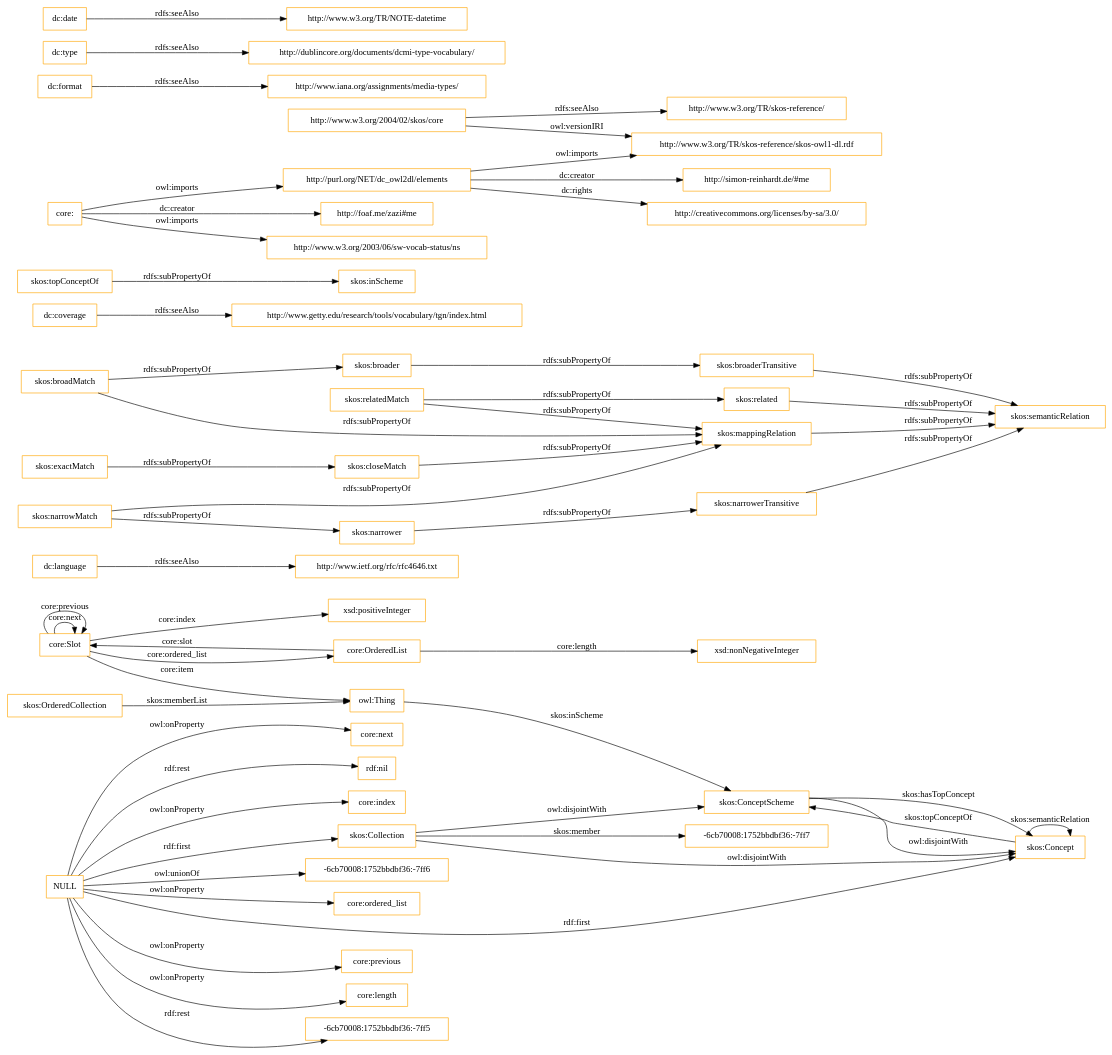
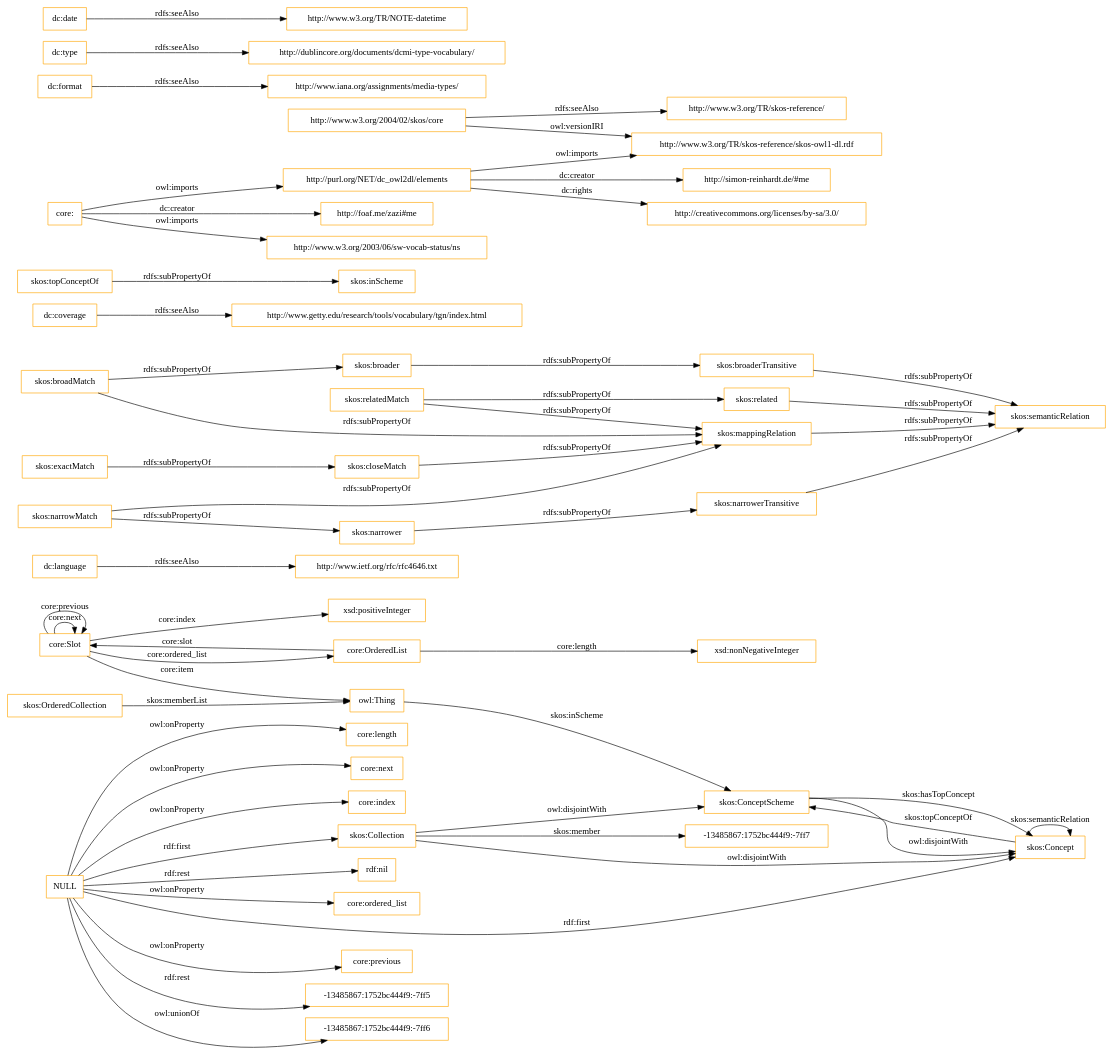
The diagram in OnToology/imports/core.owl/diagrams/ar2dtool-class/core.owl.png.dot (OnToologyUser/core-ontology-1), drawn with Graphviz before and after one commit. The commit also changed 14 other files, not shown here.

```diff
--- a/OnToology/imports/core.owl/diagrams/ar2dtool-class/core.owl.png.dot
+++ b/OnToology/imports/core.owl/diagrams/ar2dtool-class/core.owl.png.dot
@@ -1,60 +1,60 @@
 digraph ar2dtool_diagram { 
 rankdir=LR;
 size="1501"
-node [shape = rectangle, color="orange"]; "core:Slot" "core:OrderedList" "-6cb70008:1752bbdbf36:-7ff7" "skos:OrderedCollection" "skos:Collection" "skos:ConceptScheme" "skos:Concept" ; /*classes style*/
+node [shape = rectangle, color="orange"]; "core:Slot" "core:OrderedList" "-13485867:1752bc444f9:-7ff7" "skos:OrderedCollection" "skos:Collection" "skos:ConceptScheme" "skos:Concept" ; /*classes style*/
 	"dc:language" -> "http://www.ietf.org/rfc/rfc4646.txt" [ label = "rdfs:seeAlso" ];
 	"NULL" -> "core:previous" [ label = "owl:onProperty" ];
+	"NULL" -> "-13485867:1752bc444f9:-7ff5" [ label = "rdf:rest" ];
+	"NULL" -> "-13485867:1752bc444f9:-7ff6" [ label = "owl:unionOf" ];
 	"NULL" -> "core:length" [ label = "owl:onProperty" ];
 	"NULL" -> "skos:Concept" [ label = "rdf:first" ];
-	"NULL" -> "-6cb70008:1752bbdbf36:-7ff5" [ label = "rdf:rest" ];
 	"NULL" -> "core:next" [ label = "owl:onProperty" ];
+	"NULL" -> "core:index" [ label = "owl:onProperty" ];
 	"NULL" -> "rdf:nil" [ label = "rdf:rest" ];
-	"NULL" -> "core:index" [ label = "owl:onProperty" ];
-	"NULL" -> "-6cb70008:1752bbdbf36:-7ff6" [ label = "owl:unionOf" ];
 	"NULL" -> "core:ordered_list" [ label = "owl:onProperty" ];
 	"NULL" -> "skos:Collection" [ label = "rdf:first" ];
 	"skos:closeMatch" -> "skos:mappingRelation" [ label = "rdfs:subPropertyOf" ];
 	"dc:coverage" -> "http://www.getty.edu/research/tools/vocabulary/tgn/index.html" [ label = "rdfs:seeAlso" ];
 	"skos:relatedMatch" -> "skos:related" [ label = "rdfs:subPropertyOf" ];
 	"skos:relatedMatch" -> "skos:mappingRelation" [ label = "rdfs:subPropertyOf" ];
 	"skos:ConceptScheme" -> "skos:Concept" [ label = "owl:disjointWith" ];
 	"skos:related" -> "skos:semanticRelation" [ label = "rdfs:subPropertyOf" ];
 	"skos:topConceptOf" -> "skos:inScheme" [ label = "rdfs:subPropertyOf" ];
 	"skos:broadMatch" -> "skos:broader" [ label = "rdfs:subPropertyOf" ];
 	"skos:broadMatch" -> "skos:mappingRelation" [ label = "rdfs:subPropertyOf" ];
 	"http://purl.org/NET/dc_owl2dl/elements" -> "http://www.w3.org/TR/skos-reference/skos-owl1-dl.rdf" [ label = "owl:imports" ];
 	"http://purl.org/NET/dc_owl2dl/elements" -> "http://creativecommons.org/licenses/by-sa/3.0/" [ label = "dc:rights" ];
 	"http://purl.org/NET/dc_owl2dl/elements" -> "http://simon-reinhardt.de/#me" [ label = "dc:creator" ];
 	"skos:exactMatch" -> "skos:closeMatch" [ label = "rdfs:subPropertyOf" ];
 	"dc:format" -> "http://www.iana.org/assignments/media-types/" [ label = "rdfs:seeAlso" ];
 	"core:" -> "http://foaf.me/zazi#me" [ label = "dc:creator" ];
 	"core:" -> "http://www.w3.org/2003/06/sw-vocab-status/ns" [ label = "owl:imports" ];
 	"core:" -> "http://purl.org/NET/dc_owl2dl/elements" [ label = "owl:imports" ];
 	"skos:broaderTransitive" -> "skos:semanticRelation" [ label = "rdfs:subPropertyOf" ];
 	"skos:mappingRelation" -> "skos:semanticRelation" [ label = "rdfs:subPropertyOf" ];
 	"skos:broader" -> "skos:broaderTransitive" [ label = "rdfs:subPropertyOf" ];
 	"dc:type" -> "http://dublincore.org/documents/dcmi-type-vocabulary/" [ label = "rdfs:seeAlso" ];
 	"http://www.w3.org/2004/02/skos/core" -> "http://www.w3.org/TR/skos-reference/skos-owl1-dl.rdf" [ label = "owl:versionIRI" ];
 	"http://www.w3.org/2004/02/skos/core" -> "http://www.w3.org/TR/skos-reference/" [ label = "rdfs:seeAlso" ];
 	"skos:Collection" -> "skos:ConceptScheme" [ label = "owl:disjointWith" ];
 	"skos:Collection" -> "skos:Concept" [ label = "owl:disjointWith" ];
 	"skos:narrowMatch" -> "skos:narrower" [ label = "rdfs:subPropertyOf" ];
 	"skos:narrowMatch" -> "skos:mappingRelation" [ label = "rdfs:subPropertyOf" ];
 	"skos:narrower" -> "skos:narrowerTransitive" [ label = "rdfs:subPropertyOf" ];
 	"dc:date" -> "http://www.w3.org/TR/NOTE-datetime" [ label = "rdfs:seeAlso" ];
 	"skos:narrowerTransitive" -> "skos:semanticRelation" [ label = "rdfs:subPropertyOf" ];
 	"core:Slot" -> "xsd:positiveInteger" [ label = "core:index" ];
 	"skos:Concept" -> "skos:ConceptScheme" [ label = "skos:topConceptOf" ];
 	"core:Slot" -> "owl:Thing" [ label = "core:item" ];
 	"core:OrderedList" -> "xsd:nonNegativeInteger" [ label = "core:length" ];
 	"core:OrderedList" -> "core:Slot" [ label = "core:slot" ];
-	"skos:Collection" -> "-6cb70008:1752bbdbf36:-7ff7" [ label = "skos:member" ];
+	"skos:Collection" -> "-13485867:1752bc444f9:-7ff7" [ label = "skos:member" ];
 	"core:Slot" -> "core:Slot" [ label = "core:next" ];
 	"skos:ConceptScheme" -> "skos:Concept" [ label = "skos:hasTopConcept" ];
 	"owl:Thing" -> "skos:ConceptScheme" [ label = "skos:inScheme" ];
 	"core:Slot" -> "core:Slot" [ label = "core:previous" ];
 	"skos:OrderedCollection" -> "owl:Thing" [ label = "skos:memberList" ];
 	"skos:Concept" -> "skos:Concept" [ label = "skos:semanticRelation" ];
 	"core:Slot" -> "core:OrderedList" [ label = "core:ordered_list" ];
 
 }
```
